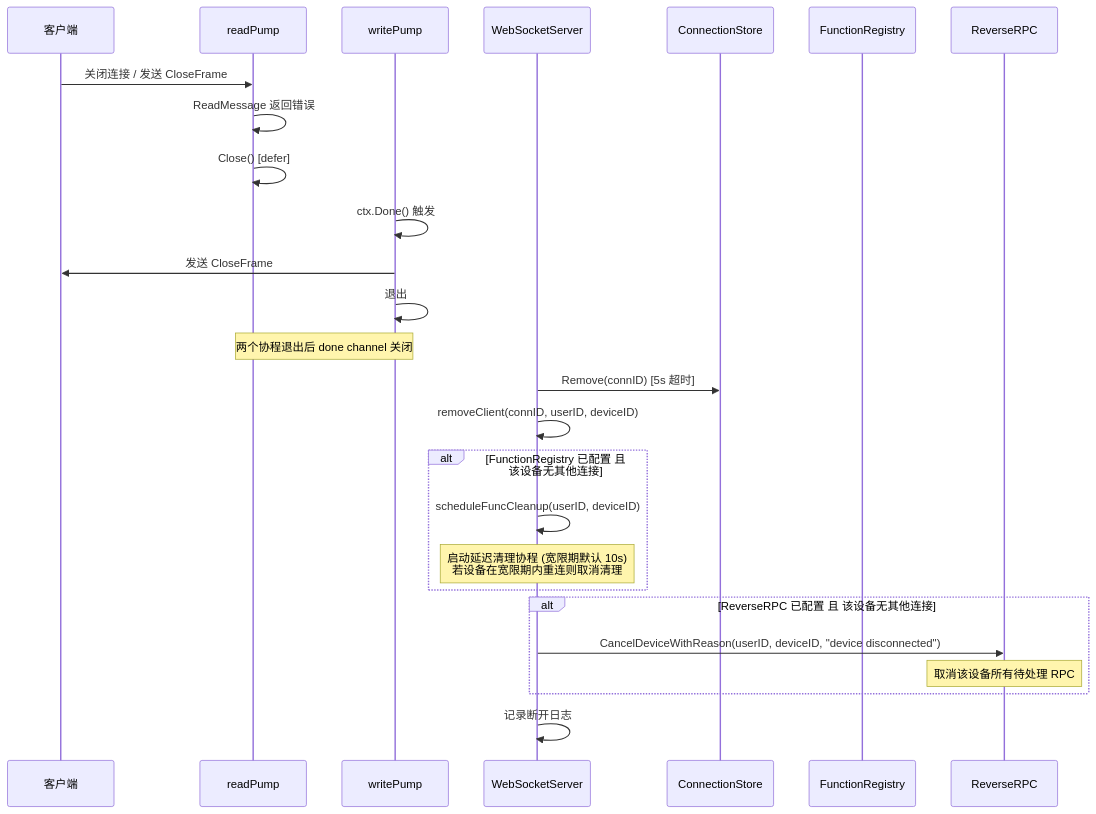
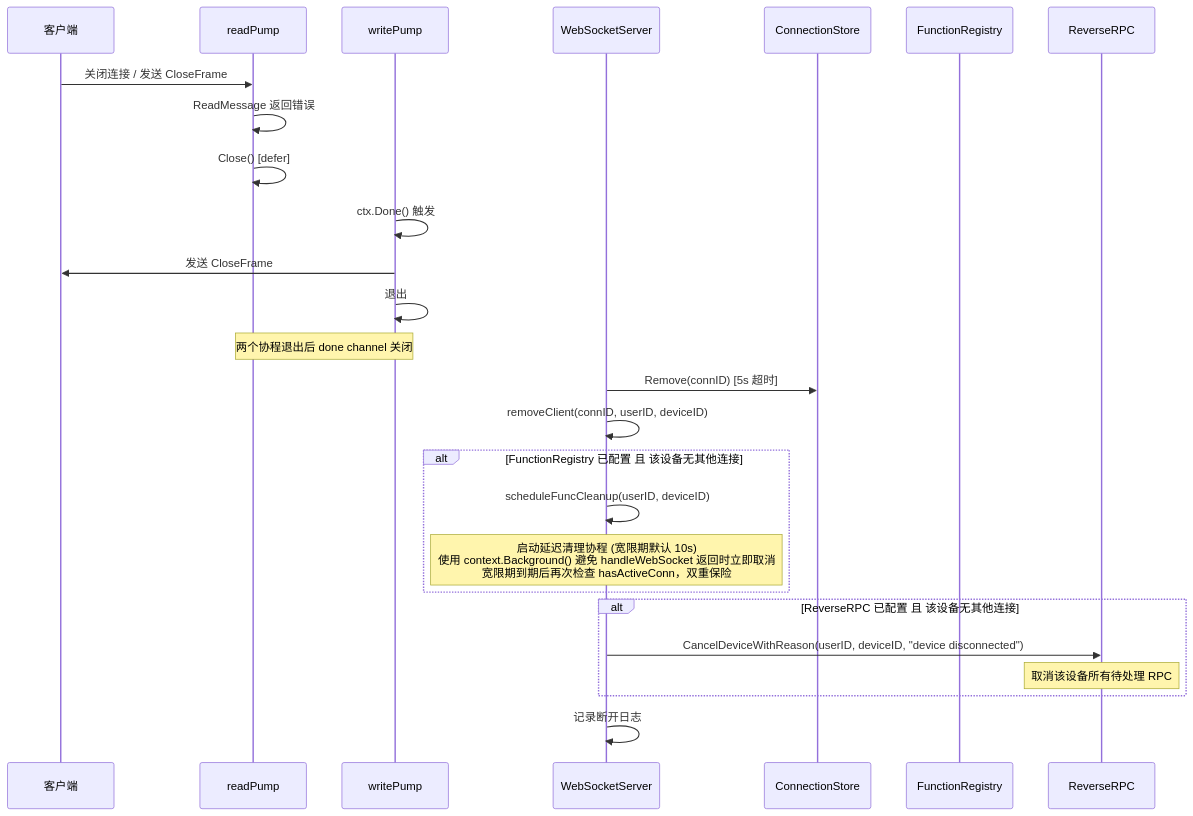
The ninth of 14 diagrams in wiki/flows/websocket-connection.md (PineappleBond/xyncra-server), drawn with Mermaid before and after one commit. The commit also changed other lines of this file and 16 other files, not shown here.

First line of the commit message:
docs(wiki): comprehensive review and fix of all flow documents

````diff
--- a/wiki/flows/websocket-connection.md
+++ b/wiki/flows/websocket-connection.md
@@ -520,34 +556,34 @@
 ```mermaid
 sequenceDiagram
     participant Client as 客户端
     participant RP as readPump
     participant WP as writePump
     participant WS as WebSocketServer
     participant CS as ConnectionStore
     participant FR as FunctionRegistry
     participant RR as ReverseRPC
 
     Client->>RP: 关闭连接 / 发送 CloseFrame
     RP->>RP: ReadMessage 返回错误
     RP->>RP: Close() [defer]
     WP->>WP: ctx.Done() 触发
     WP->>Client: 发送 CloseFrame
     WP->>WP: 退出
 
     Note over RP,WP: 两个协程退出后 done channel 关闭
 
     WS->>CS: Remove(connID) [5s 超时]
     WS->>WS: removeClient(connID, userID, deviceID)
 
     alt FunctionRegistry 已配置 且 该设备无其他连接
         WS->>WS: scheduleFuncCleanup(userID, deviceID)
-        Note over WS: 启动延迟清理协程 (宽限期默认 10s)<br/>若设备在宽限期内重连则取消清理
+        Note over WS: 启动延迟清理协程 (宽限期默认 10s)<br/>使用 context.Background() 避免 handleWebSocket 返回时立即取消<br/>宽限期到期后再次检查 hasActiveConn，双重保险
     end
 
     alt ReverseRPC 已配置 且 该设备无其他连接
         WS->>RR: CancelDeviceWithReason(userID, deviceID, "device disconnected")
         Note over RR: 取消该设备所有待处理 RPC
     end
 
     WS->>WS: 记录断开日志
 ```
````
